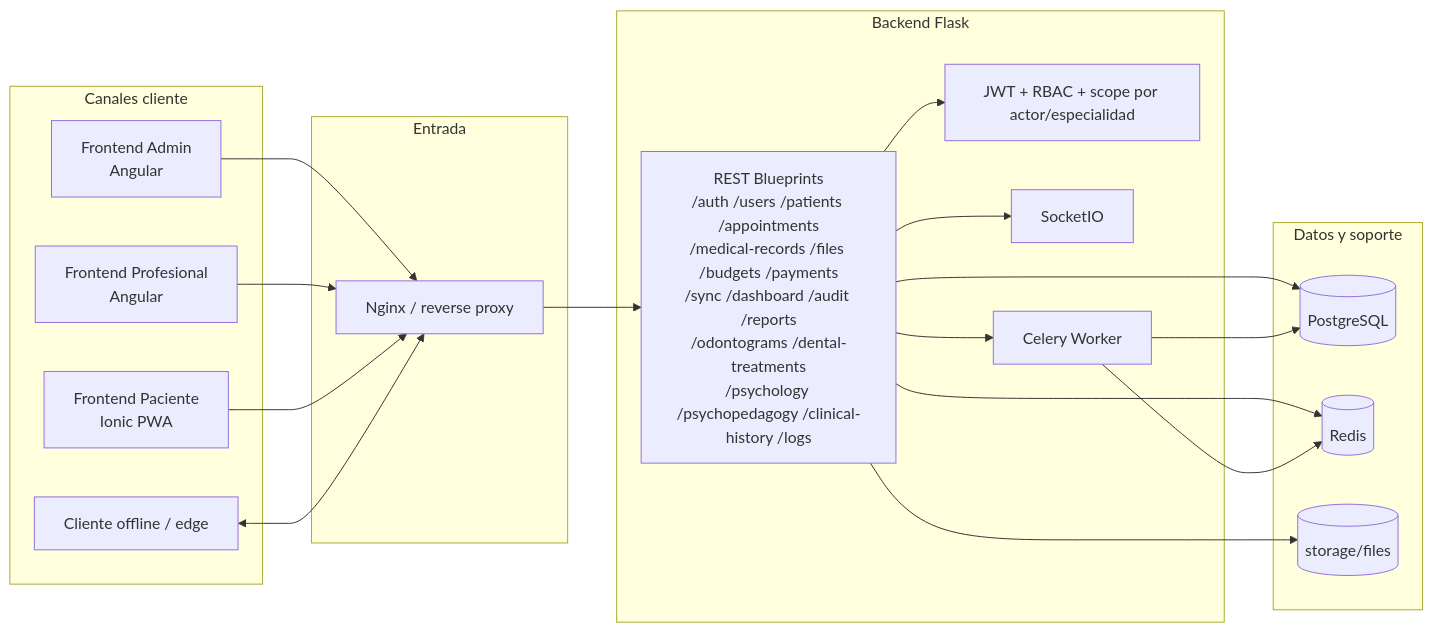
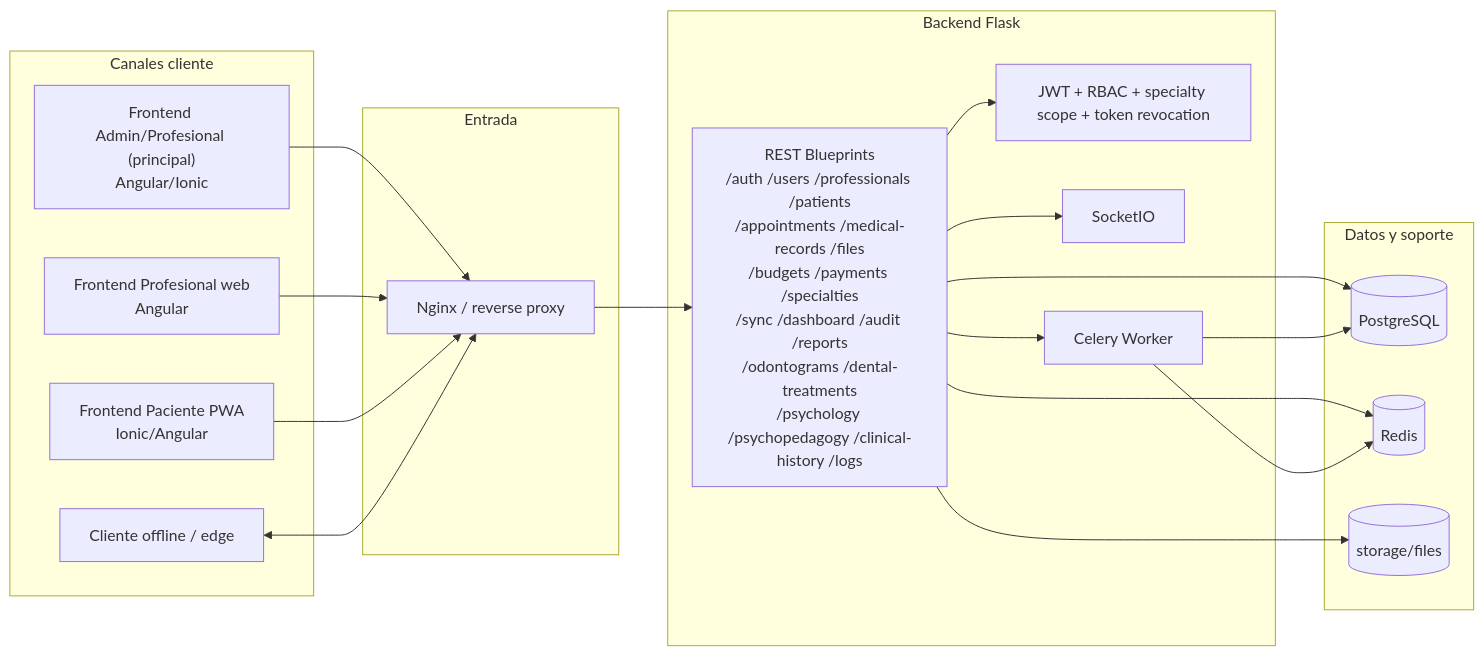
One commit to Yop007N/medicalcenter changed the diagram in docs/architecture/architecture.md. Above: the diagram before and after it, drawn with Mermaid. The commit also changed other lines of this file and 17 other files, not shown here.

````diff
--- a/docs/architecture/architecture.md
+++ b/docs/architecture/architecture.md
@@ -12,40 +16,40 @@
 ```mermaid
 flowchart LR
   subgraph Clientes["Canales cliente"]
-    FEA["Frontend Admin\nAngular"]
-    FEPRO["Frontend Profesional\nAngular"]
-    FEPAC["Frontend Paciente\nIonic PWA"]
+    FEAP["Frontend Admin/Profesional (principal)\nAngular/Ionic"]
+    FEPRO["Frontend Profesional web\nAngular"]
+    FEPAC["Frontend Paciente PWA\nIonic/Angular"]
     OFF["Cliente offline / edge"]
   end
 
   subgraph Edge["Entrada"]
     NGINX["Nginx / reverse proxy"]
   end
 
   subgraph API["Backend Flask"]
-    REST["REST Blueprints\n/auth /users /patients /appointments\n/medical-records /files /budgets /payments\n/sync /dashboard /audit /reports\n/odontograms /dental-treatments\n/psychology /psychopedagogy /clinical-history /logs"]
-    AUTH["JWT + RBAC + scope por actor/especialidad"]
+    REST["REST Blueprints\n/auth /users /professionals /patients\n/appointments /medical-records /files\n/budgets /payments /specialties\n/sync /dashboard /audit /reports\n/odontograms /dental-treatments\n/psychology /psychopedagogy /clinical-history /logs"]
+    AUTH["JWT + RBAC + specialty scope + token revocation"]
     WS["SocketIO"]
     CELERY["Celery Worker"]
   end
 
   subgraph Data["Datos y soporte"]
     PG[("PostgreSQL")]
     REDIS[("Redis")]
     FILES[("storage/files")]
   end
 
-  FEA --> NGINX
+  FEAP --> NGINX
   FEPRO --> NGINX
   FEPAC --> NGINX
   OFF <--> NGINX
   NGINX --> REST
   REST --> AUTH
   REST --> PG
   REST --> REDIS
   REST --> FILES
   REST --> WS
   REST --> CELERY
   CELERY --> REDIS
   CELERY --> PG
 ```
````
